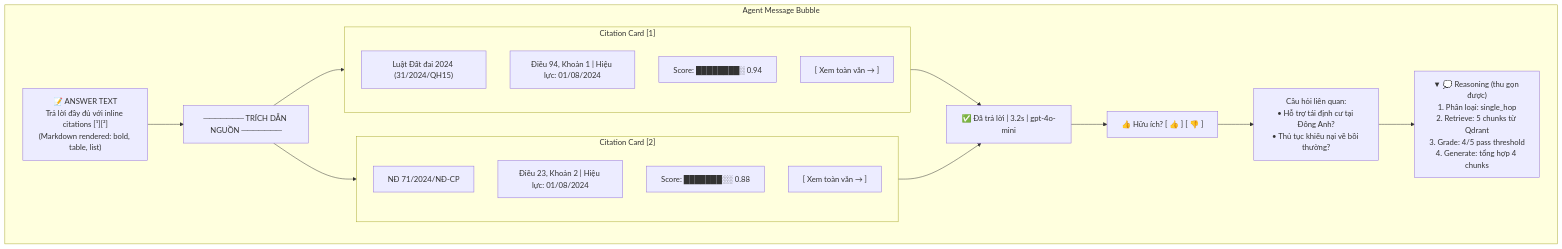
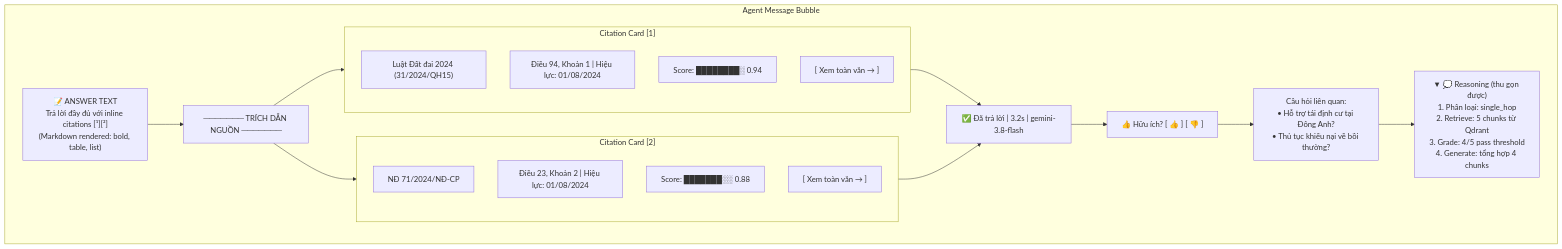
The tenth of 16 diagrams in docs/Wireframe_UI_Flow.md (dovh25/agentic-rag-legal-qa-hanoi), drawn with Mermaid before and after one commit. The commit also changed 4 other files, not shown here.

````diff
--- a/docs/Wireframe_UI_Flow.md
+++ b/docs/Wireframe_UI_Flow.md
@@ -239,25 +239,25 @@
 ```mermaid
 graph TB
     subgraph AGENT_MSG["Agent Message Bubble"]
         ANSWER_TEXT["📝 ANSWER TEXT\nTrả lời đầy đủ với inline citations [¹][²]\n(Markdown rendered: bold, table, list)"]
         DIVIDER["─────── TRÍCH DẪN NGUỒN ───────"]
         subgraph CIT1["Citation Card [1]"]
             C1H["Luật Đất đai 2024 (31/2024/QH15)"]
             C1D["Điều 94, Khoản 1 | Hiệu lực: 01/08/2024"]
             C1S["Score: ████████░ 0.94"]
             C1L["[ Xem toàn văn → ]"]
         end
         subgraph CIT2["Citation Card [2]"]
             C2H["NĐ 71/2024/NĐ-CP"]
             C2D["Điều 23, Khoản 2 | Hiệu lực: 01/08/2024"]
             C2S["Score: ███████░░ 0.88"]
             C2L["[ Xem toàn văn → ]"]
         end
-        STATUS["✅ Đã trả lời | 3.2s | gpt-4o-mini"]
+        STATUS["✅ Đã trả lời | 3.2s | gemini-3.8-flash"]
         FEEDBACK["👍 Hữu ích? [ 👍 ] [ 👎 ]"]
         RELATED["Câu hỏi liên quan:\n• Hỗ trợ tái định cư tại Đông Anh?\n• Thủ tục khiếu nại về bồi thường?"]
         REASONING["▼ 💭 Reasoning (thu gọn được)\n1. Phân loại: single_hop\n2. Retrieve: 5 chunks từ Qdrant\n3. Grade: 4/5 pass threshold\n4. Generate: tổng hợp 4 chunks"]
     end
 
     ANSWER_TEXT --> DIVIDER --> CIT1 & CIT2 --> STATUS --> FEEDBACK --> RELATED --> REASONING
 ```
````
